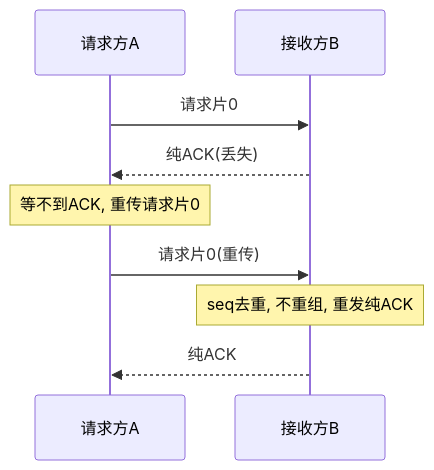
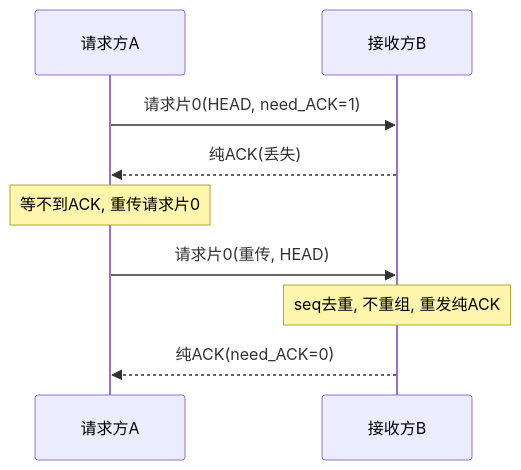
Before and after one commit to Siaiai/ObsidianNote: the eighth of 13 diagrams in 工作/项目/代码/260401S3分拣面板-SIA-R9000P.md, drawn with Mermaid. The commit also changed other lines of this file, not shown here.

````diff
--- a/工作/项目/代码/260401S3分拣面板-SIA-R9000P.md
+++ b/工作/项目/代码/260401S3分拣面板-SIA-R9000P.md
@@ -167,11 +209,11 @@
 ```mermaid
 sequenceDiagram
     participant A as 请求方A
     participant B as 接收方B
-    A->>B: 请求片0
+    A->>B: 请求片0(HEAD, need_ACK=1)
     B-->>A: 纯ACK(丢失)
     Note over A: 等不到ACK, 重传请求片0
-    A->>B: 请求片0(重传)
+    A->>B: 请求片0(重传, HEAD)
     Note over B: seq去重, 不重组, 重发纯ACK
-    B-->>A: 纯ACK
+    B-->>A: 纯ACK(need_ACK=0)
 ```
````
